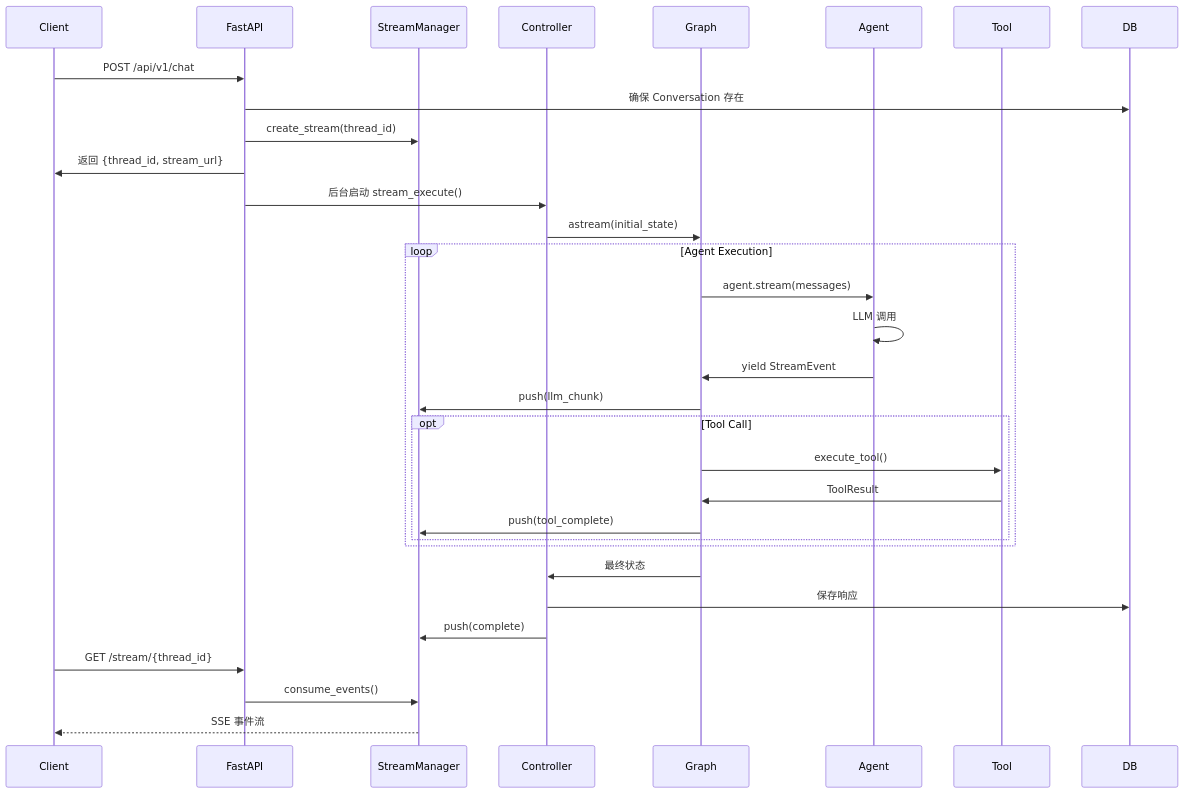
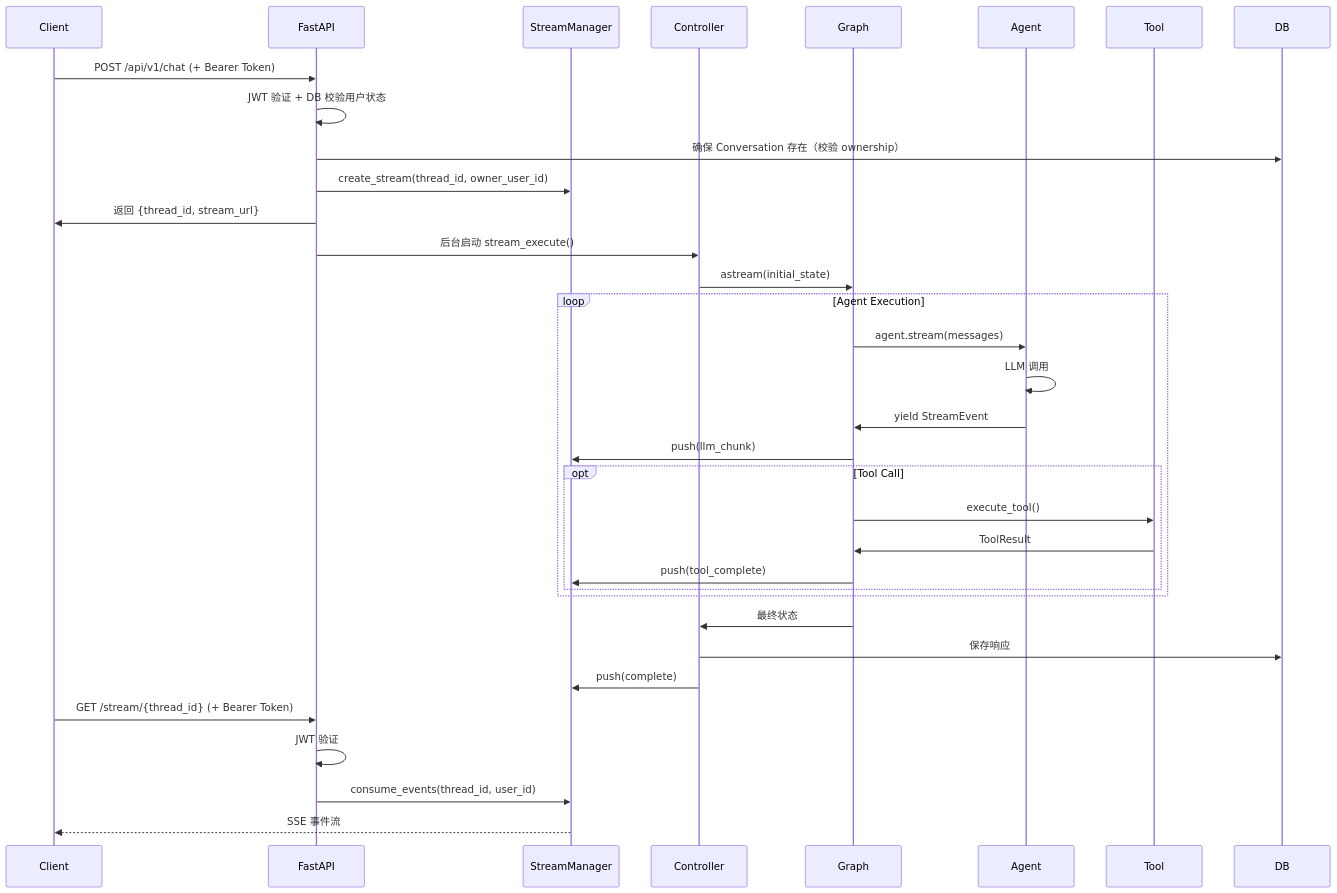
The first of 6 diagrams in docs/request-lifecycle.md (Neutrino1998/artifact-flow), drawn with Mermaid before and after one commit. The commit also changed other lines of this file and 10 other files, not shown here.

````diff
--- a/docs/request-lifecycle.md
+++ b/docs/request-lifecycle.md
@@ -7,40 +7,42 @@
 ```mermaid
 sequenceDiagram
     participant Client
     participant FastAPI
     participant StreamManager
     participant Controller
     participant Graph
     participant Agent
     participant Tool
     participant DB
 
-    Client->>FastAPI: POST /api/v1/chat
-    FastAPI->>DB: 确保 Conversation 存在
-    FastAPI->>StreamManager: create_stream(thread_id)
+    Client->>FastAPI: POST /api/v1/chat (+ Bearer Token)
+    FastAPI->>FastAPI: JWT 验证 + DB 校验用户状态
+    FastAPI->>DB: 确保 Conversation 存在（校验 ownership）
+    FastAPI->>StreamManager: create_stream(thread_id, owner_user_id)
     FastAPI->>Client: 返回 {thread_id, stream_url}
 
     FastAPI->>Controller: 后台启动 stream_execute()
     Controller->>Graph: astream(initial_state)
 
     loop Agent Execution
         Graph->>Agent: agent.stream(messages)
         Agent->>Agent: LLM 调用
         Agent->>Graph: yield StreamEvent
         Graph->>StreamManager: push(llm_chunk)
 
         opt Tool Call
             Graph->>Tool: execute_tool()
             Tool->>Graph: ToolResult
             Graph->>StreamManager: push(tool_complete)
         end
     end
 
     Graph->>Controller: 最终状态
     Controller->>DB: 保存响应
     Controller->>StreamManager: push(complete)
 
-    Client->>FastAPI: GET /stream/{thread_id}
-    FastAPI->>StreamManager: consume_events()
+    Client->>FastAPI: GET /stream/{thread_id} (+ Bearer Token)
+    FastAPI->>FastAPI: JWT 验证
+    FastAPI->>StreamManager: consume_events(thread_id, user_id)
     StreamManager-->>Client: SSE 事件流
 ```
````
